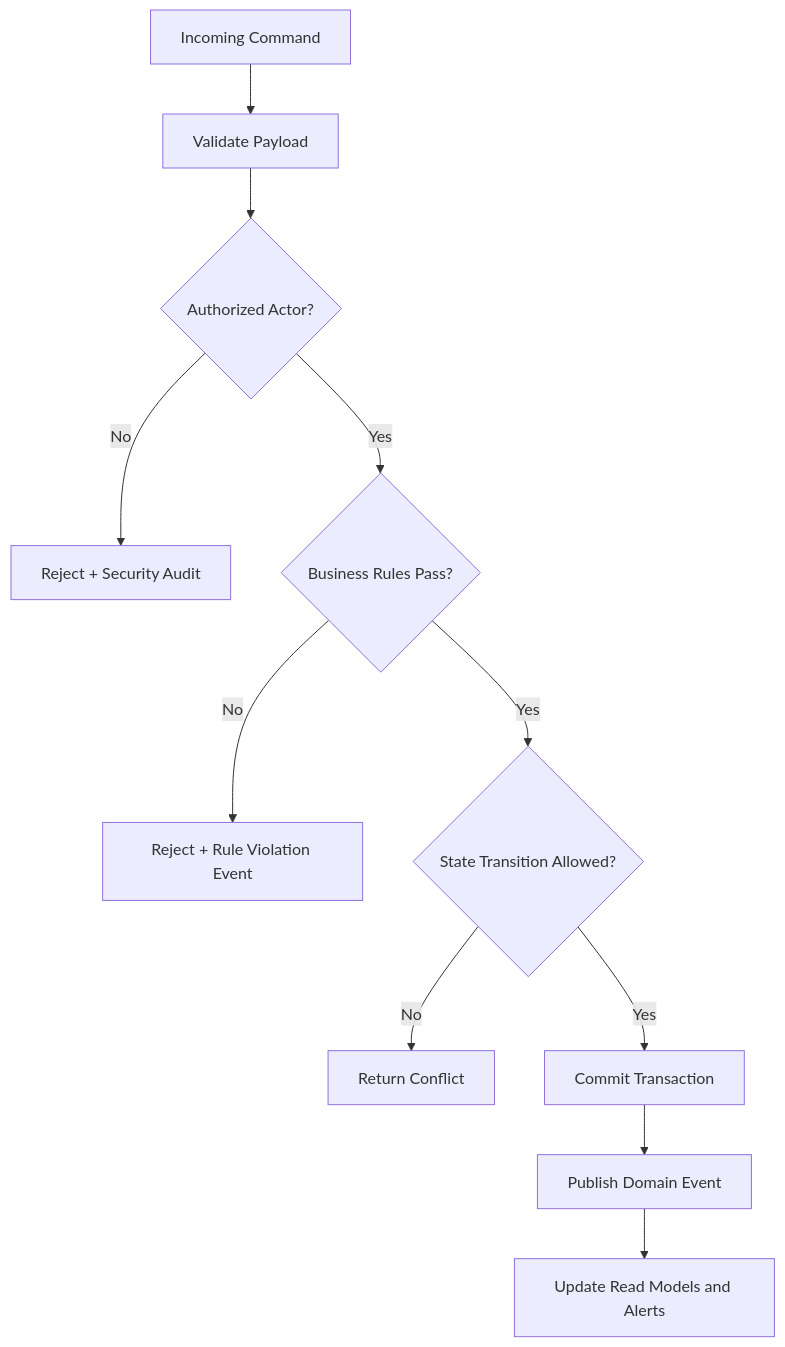
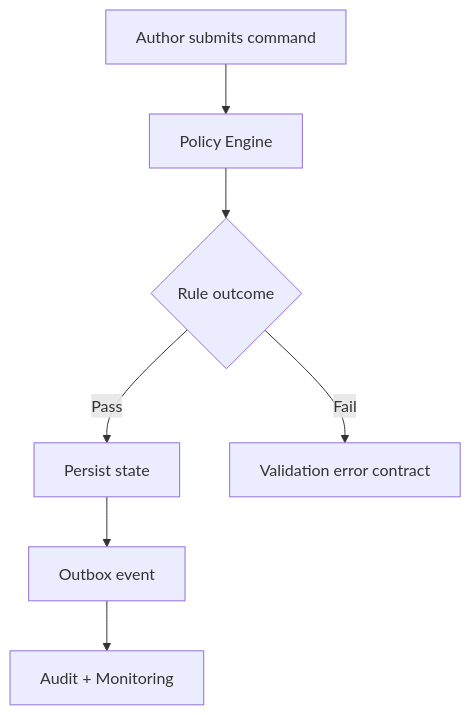
The diagram in Content Management System/analysis/business-rules.md (0Ankit0/Project-Ideas), drawn with Mermaid before and after one commit. The commit also changed other lines of this file and 35 other files, not shown here.

Commit message:
Deepen CMS docs with mermaid diagrams and implementation detail

````diff
--- a/Content Management System/analysis/business-rules.md
+++ b/Content Management System/analysis/business-rules.md
@@ -18,13 +23,9 @@
 ```mermaid
 flowchart TD
-    A[Incoming Command] --> B[Validate Payload]
-    B --> C{Authorized Actor?}
-    C -- No --> C1[Reject + Security Audit]
-    C -- Yes --> D{Business Rules Pass?}
-    D -- No --> D1[Reject + Rule Violation Event]
-    D -- Yes --> E{State Transition Allowed?}
-    E -- No --> E1[Return Conflict]
-    E -- Yes --> F[Commit Transaction]
-    F --> G[Publish Domain Event]
-    G --> H[Update Read Models and Alerts]
+    A[Author submits command] --> B[Policy Engine]
+    B --> C{Rule outcome}
+    C -->|Pass| D[Persist state]
+    C -->|Fail| E[Validation error contract]
+    D --> F[Outbox event]
+    F --> G[Audit + Monitoring]
 ```
````
